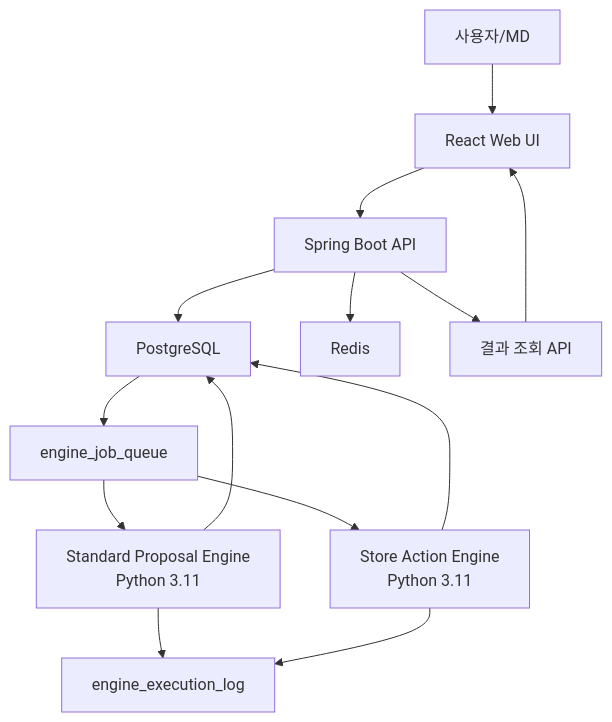
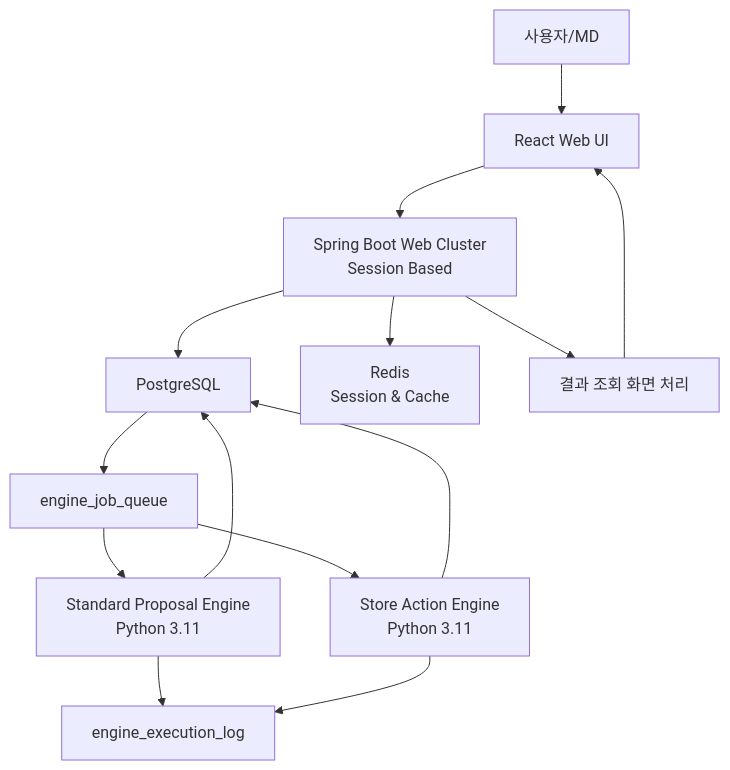
Before and after one commit to toughskg/pog: the diagram in pog_engine_architecture_design.md, drawn with Mermaid. The commit also changed other lines of this file and 5 other files, not shown here.

Commit message:
Correct Spring Boot session architecture

````diff
--- a/pog_engine_architecture_design.md
+++ b/pog_engine_architecture_design.md
@@ -26,19 +26,19 @@
 ```mermaid
 flowchart TD
     U["사용자/MD"] --> UI["React Web UI"]
-    UI --> API["Spring Boot API"]
-    API --> DB["PostgreSQL"]
-    API --> RD["Redis"]
+    UI --> WEB["Spring Boot Web Cluster<br/>Session Based"]
+    WEB --> DB["PostgreSQL"]
+    WEB --> RD["Redis<br/>Session & Cache"]
 
     DB --> JQ["engine_job_queue"]
     JQ --> SPE["Standard Proposal Engine<br/>Python 3.11"]
     JQ --> SAE["Store Action Engine<br/>Python 3.11"]
 
     SPE --> DB
     SAE --> DB
     SPE --> LOG["engine_execution_log"]
     SAE --> LOG
 
-    API --> RES["결과 조회 API"]
+    WEB --> RES["결과 조회 화면 처리"]
     RES --> UI
 ```
````
